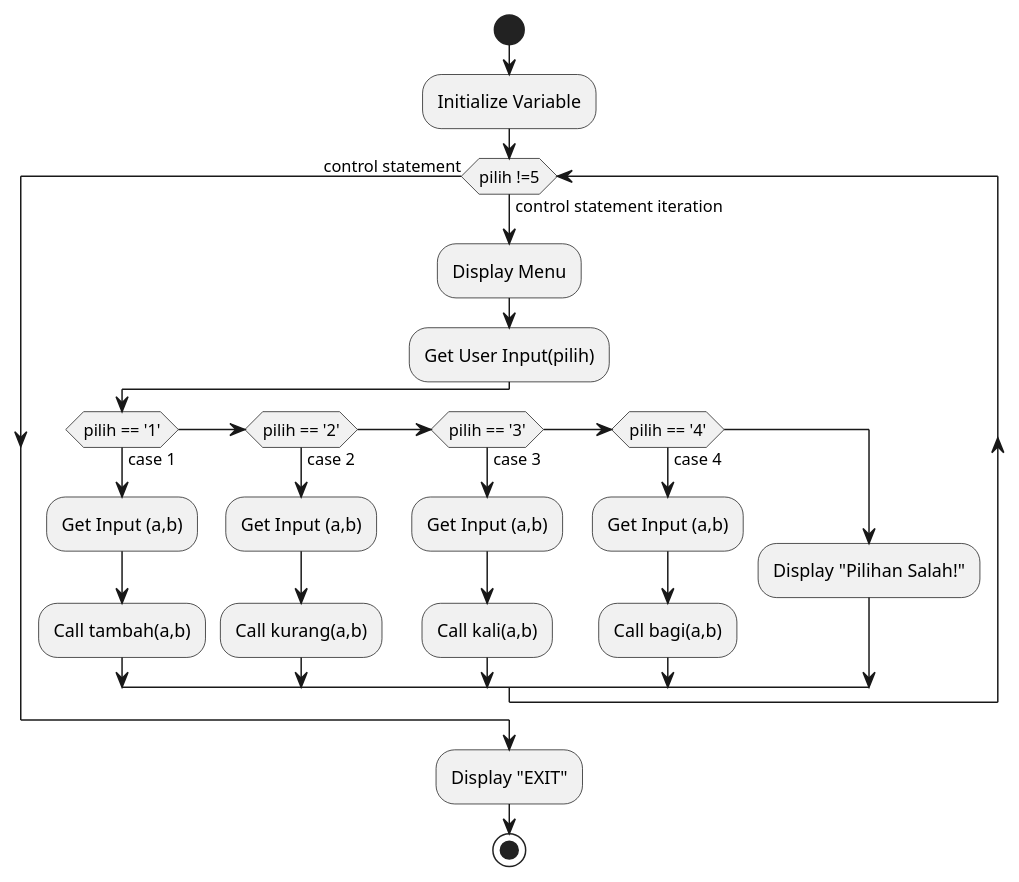
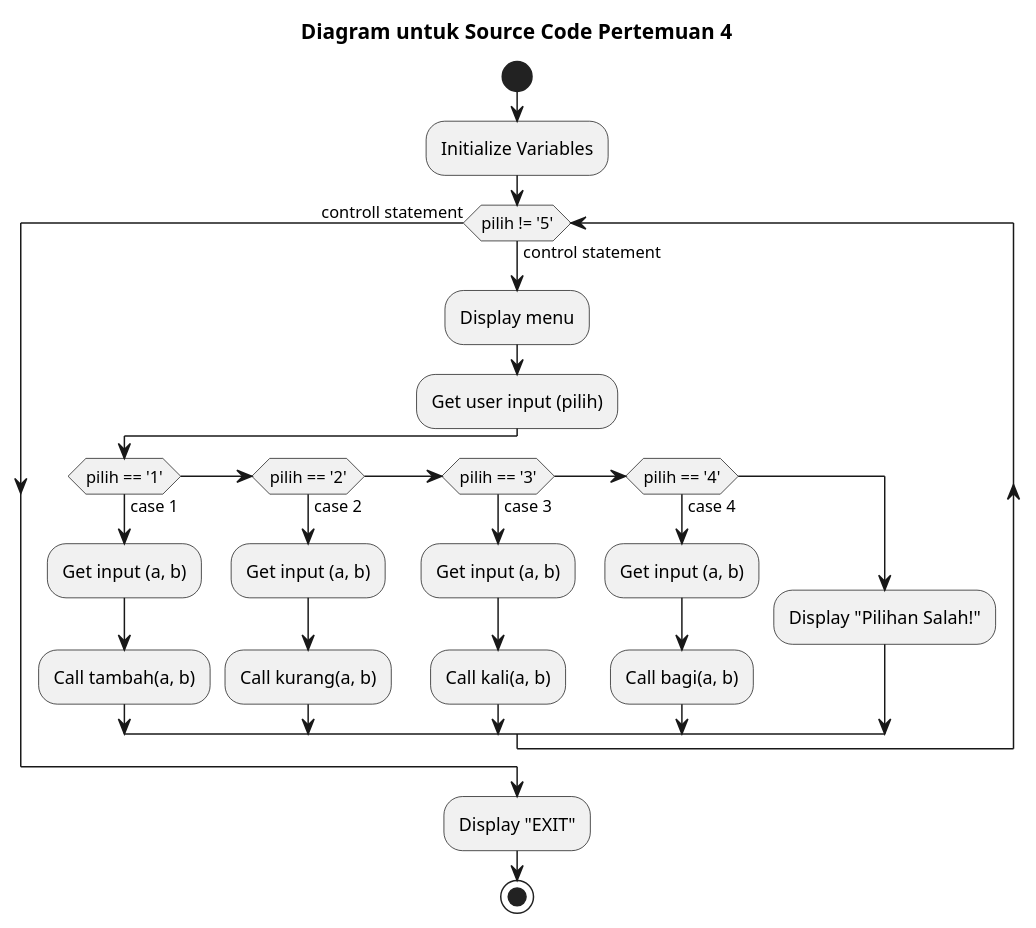
The diagram in pert3/pert5.puml (virgatoingz/bhs_pemrograman), drawn with PlantUML before and after one commit.

Commit message:
Pertemuan 5&6

```diff
--- a/pert3/pert5.puml
+++ b/pert3/pert5.puml
@@ -1,25 +1,27 @@
-@startuml Pert3
+@startuml Pert5
+title Diagram untuk Source Code Pertemuan 4
 start
-:Initialize Variable;
-while(pilih !=5) is (control statement iteration)  
-    :Display Menu;
-    :Get User Input(pilih);
+:Initialize Variables;
+while (pilih != '5') is (control statement)
+    :Display menu;
+    :Get user input (pilih);
     if (pilih == '1') then (case 1)
-        :Get Input (a,b);
-        :Call tambah(a,b);
+        :Get input (a, b);
+        :Call tambah(a, b);
     else if (pilih == '2') then (case 2)
-        :Get Input (a,b);
-        :Call kurang(a,b);
+        :Get input (a, b);
+        :Call kurang(a, b);
     else if (pilih == '3') then (case 3)
-        :Get Input (a,b);
-        :Call kali(a,b);
+        :Get input (a, b);
+        :Call kali(a, b);
     else if (pilih == '4') then (case 4)
-        :Get Input (a,b);
-        :Call bagi(a,b);
-    else 
+        :Get input (a, b);
+        :Call bagi(a, b);
+    else
         :Display "Pilihan Salah!";
     endif
-endwhile(control statement)
+endwhile (controll statement)
 :Display "EXIT";
 stop
+
 @enduml
```
